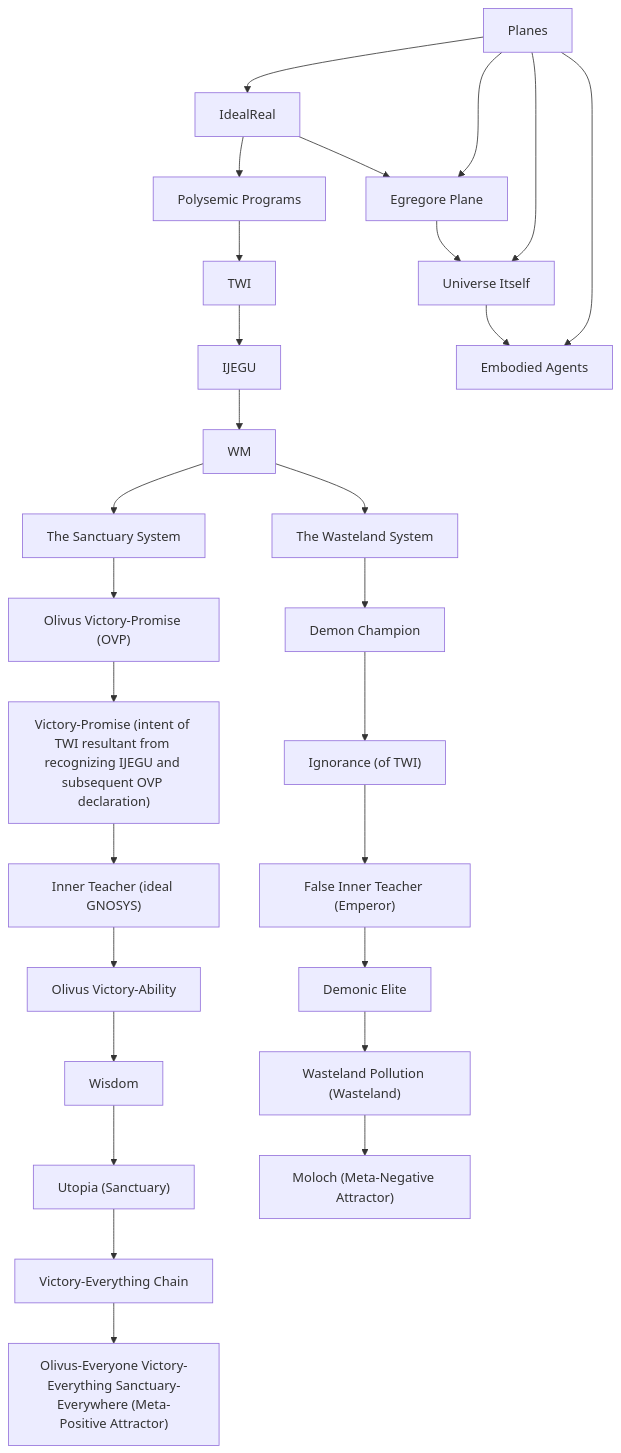
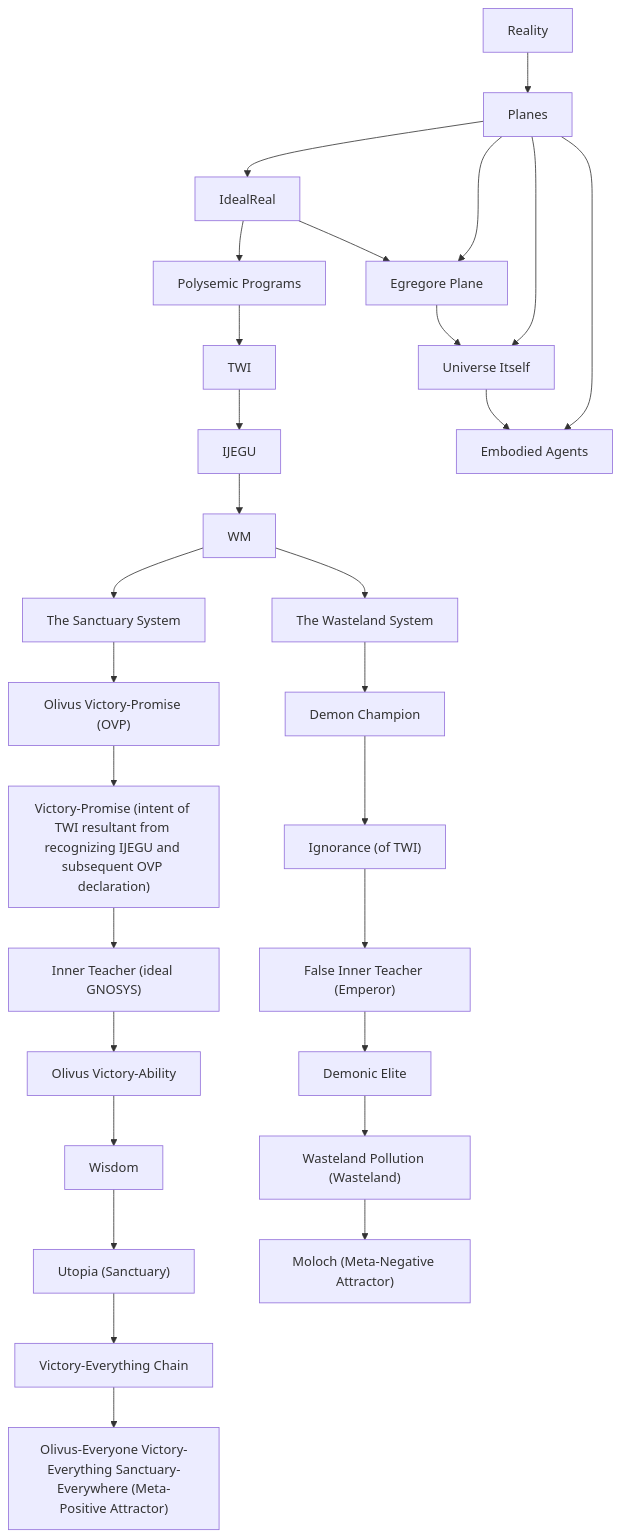
One commit to sancovp/the_sanctuary_system changed the diagram in about_sanctuary/what_it_is/wisdom_mavericks/wisdom_maverick.md. Above: the diagram before and after it, drawn with Mermaid.

````diff
--- a/about_sanctuary/what_it_is/wisdom_mavericks/wisdom_maverick.md
+++ b/about_sanctuary/what_it_is/wisdom_mavericks/wisdom_maverick.md
@@ -61,30 +61,31 @@
 ```mermaid
 graph TD
+    Reality --> Planes
     TWI["TWI"] --> IJEGU
     WM --> TSS["The Sanctuary System"]
     TSS --> OVP["Olivus Victory-Promise (OVP)"]
     WM --> WS["The Wasteland System"]
     WS --> DC["Demon Champion"]
     OVP --> VP["Victory-Promise (intent of TWI resultant from recognizing IJEGU and subsequent OVP declaration)"]
     VP --> GNOSYS["Inner Teacher (ideal GNOSYS)"]
     GNOSYS --> OVA["Olivus Victory-Ability"]
     OVA --> W["Wisdom"]
     W --> Utopia["Utopia (Sanctuary)"]
     Utopia --> VEC["Victory-Everything Chain"]
     VEC --> OEVESE["Olivus-Everyone Victory-Everything Sanctuary-Everywhere (Meta-Positive Attractor)"]
     DC --> Ignorance["Ignorance (of TWI)"]
     Ignorance --> Emperor["False Inner Teacher (Emperor)"]
     DA --> WD["Wasteland Pollution (Wasteland)"]
     WD --> Moloch["Moloch (Meta-Negative Attractor)"]
     Emperor --> DA["Demonic Elite"]
     IdealReal --> Egregore["Egregore Plane"]
     Egregore --> Universe["Universe Itself"]
     Universe --> EA["Embodied Agents"]
     Planes --> IdealReal
     Planes --> Egregore
     Planes --> Universe
     Planes --> EA
     IdealReal --> PolysemicPrograms["Polysemic Programs"]
     PolysemicPrograms --> TWI
     IJEGU --> WM
 ```
````
